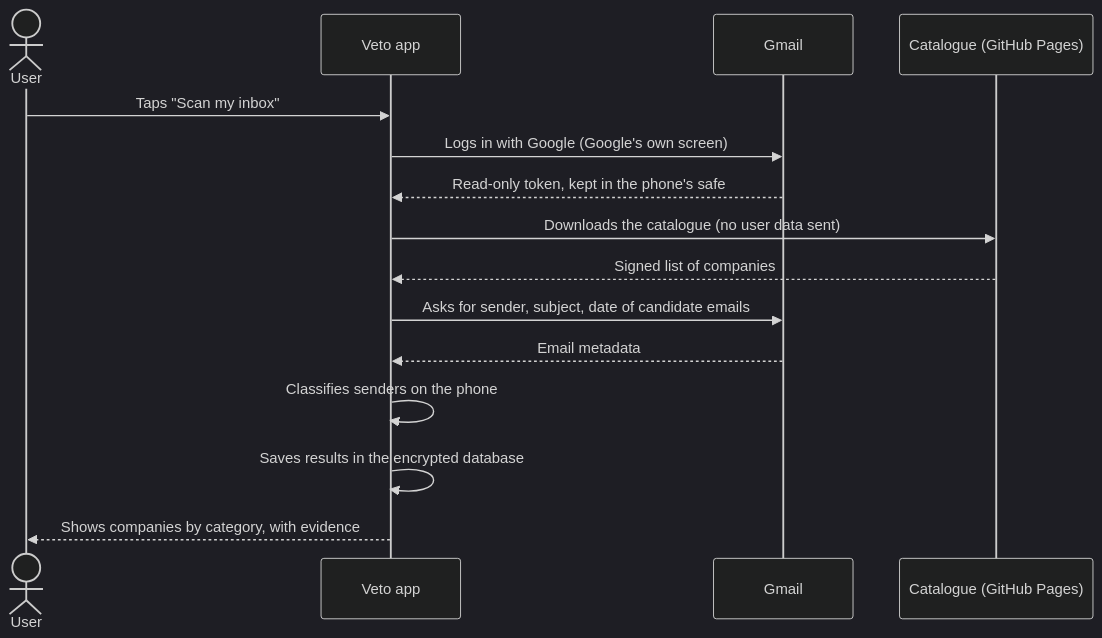
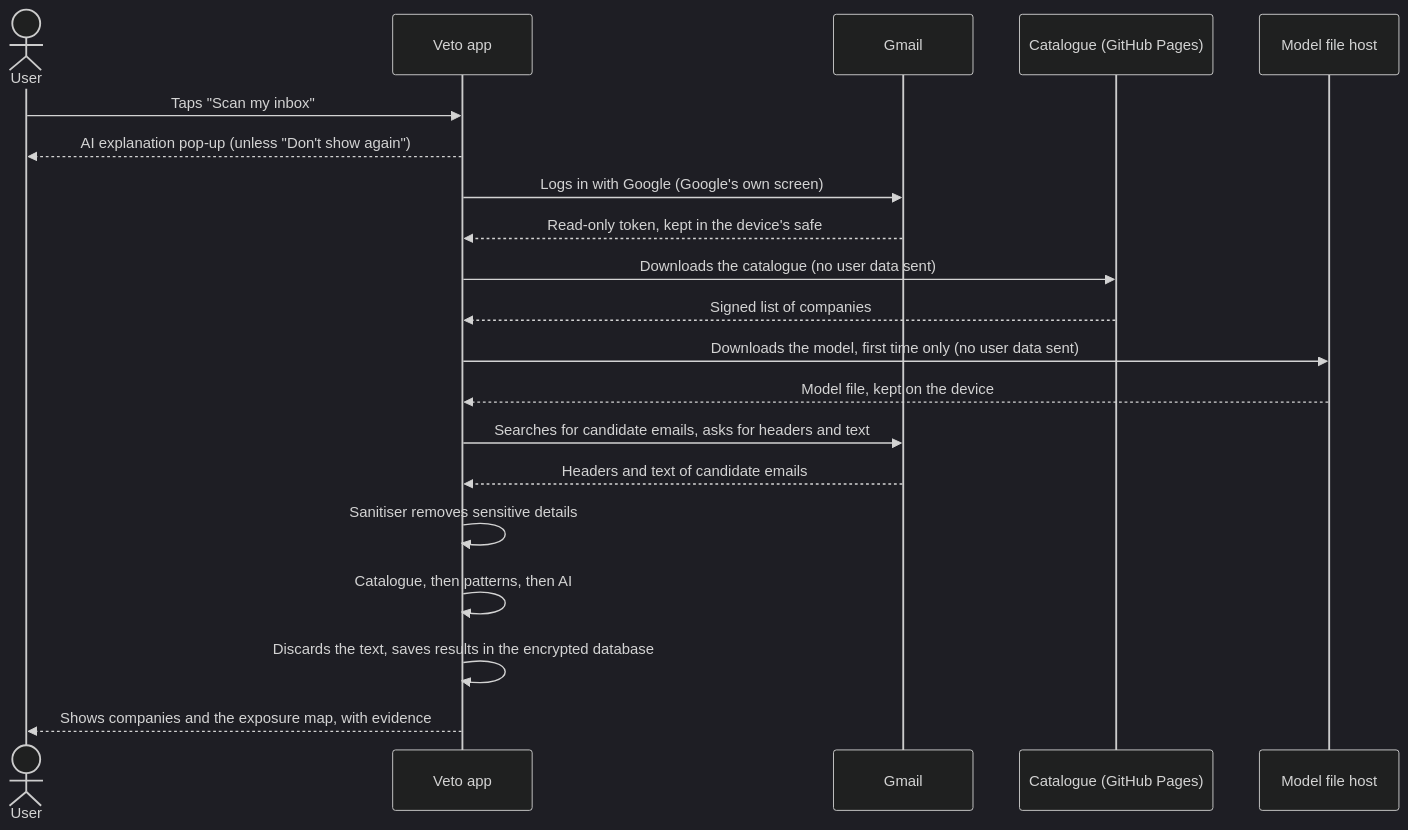
Before and after one commit to matildez0/Veto: the second of 2 diagrams in mvp/ARCHITECTURE.md, drawn with Mermaid (dark theme). The commit also changed other lines of this file and 14 other files, not shown here.

````diff
--- a/mvp/ARCHITECTURE.md
+++ b/mvp/ARCHITECTURE.md
@@ -72,18 +94,23 @@
 ```mermaid
 sequenceDiagram
     actor U as User
     participant A as Veto app
     participant G as Gmail
     participant C as Catalogue (GitHub Pages)
+    participant M as Model file host
 
     U->>A: Taps "Scan my inbox"
+    A-->>U: AI explanation pop-up (unless "Don't show again")
     A->>G: Logs in with Google (Google's own screen)
-    G-->>A: Read-only token, kept in the phone's safe
+    G-->>A: Read-only token, kept in the device's safe
     A->>C: Downloads the catalogue (no user data sent)
     C-->>A: Signed list of companies
-    A->>G: Asks for sender, subject, date of candidate emails
-    G-->>A: Email metadata
-    A->>A: Classifies senders on the phone
-    A->>A: Saves results in the encrypted database
-    A-->>U: Shows companies by category, with evidence
+    A->>M: Downloads the model, first time only (no user data sent)
+    M-->>A: Model file, kept on the device
+    A->>G: Searches for candidate emails, asks for headers and text
+    G-->>A: Headers and text of candidate emails
+    A->>A: Sanitiser removes sensitive details
+    A->>A: Catalogue, then patterns, then AI
+    A->>A: Discards the text, saves results in the encrypted database
+    A-->>U: Shows companies and the exposure map, with evidence
 ```
````
